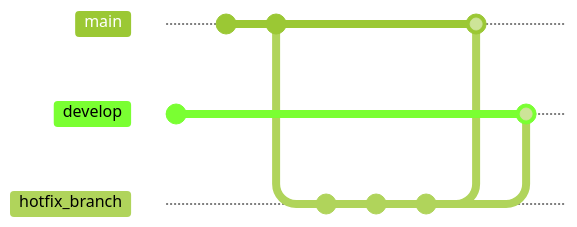
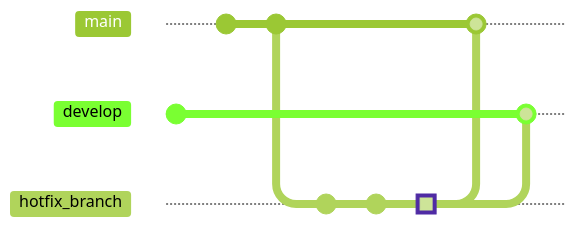
Before and after one commit to jsaenz-endava/git-challenge-2023-1: the second of 2 diagrams in Git flow hotfix.md, drawn with Mermaid (forest theme). The commit also changed other lines of this file, not shown here. Commit ids are hidden.

Commit message:
The hotfix file is finished

````diff
--- a/Git flow hotfix.md
+++ b/Git flow hotfix.md
@@ -48,16 +49,16 @@
 ```mermaid
     gitGraph
     branch develop
     commit
     checkout main
     commit
     commit
     branch hotfix_branch
     commit
     commit
-    commit
+    commit id: "Last hotfix" type: HIGHLIGHT
     checkout main
     merge hotfix_branch
     checkout develop
     merge hotfix_branch
 ```
````
